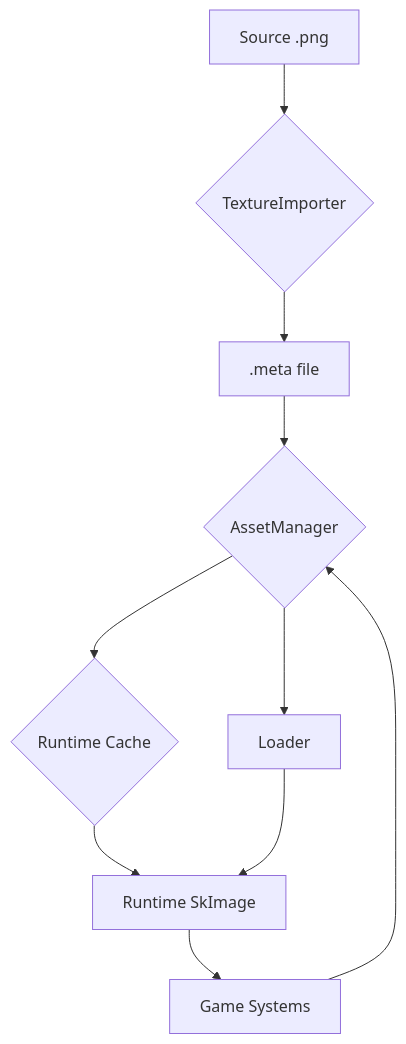
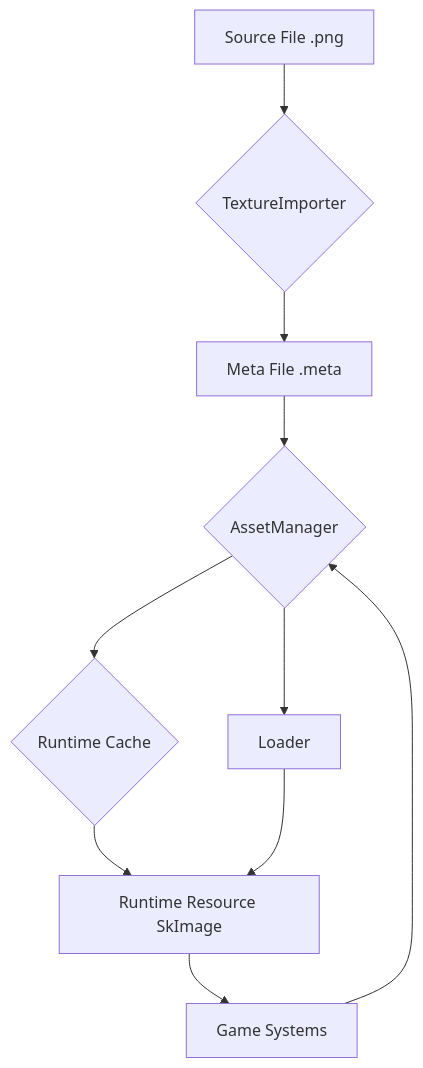
Before and after one commit to NGLSG/Luma: the diagram in README_EN.md, drawn with Mermaid. The commit also changed other lines of this file and 1 other file, not shown here.

````diff
--- a/README_EN.md
+++ b/README_EN.md
@@ -283,10 +273,10 @@
 ```mermaid
 graph TD
-    A[Source .png] --> B{TextureImporter} --> C[.meta file]
+    A[Source File .png] --> B{TextureImporter} --> C[Meta File .meta]
     C --> D{AssetManager}
     E[Game Systems] --> D
     D --> F{Runtime Cache}
-    F --> G[Runtime SkImage]
+    F --> G[Runtime Resource SkImage]
     D --> H[Loader] --> G
     G --> E
 ```
````
